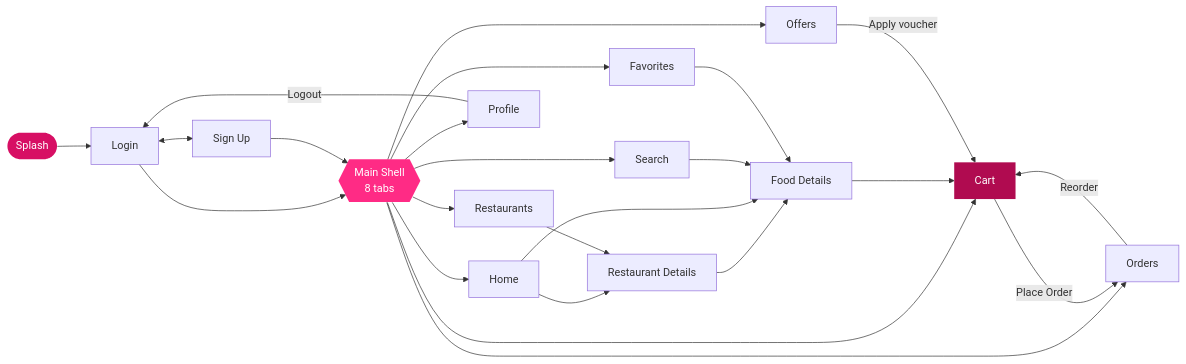
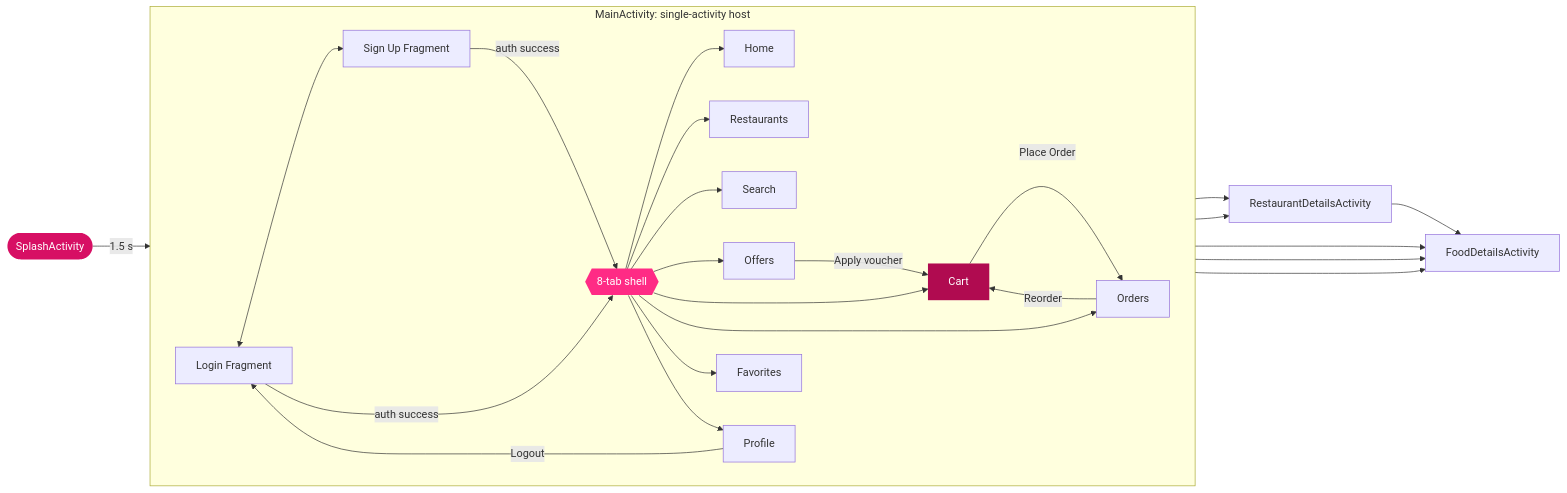
One commit to furqanzubair209-cell/mobile-app-development-coursework changed the first of 2 diagrams in README.md. Above: the diagram before and after it, drawn with Mermaid. The commit also changed other lines of this file, not shown here.

First line of the commit message:
Revise README for single-activity architecture

````diff
--- a/README.md
+++ b/README.md
@@ -132,33 +134,36 @@
 ```mermaid
 flowchart LR
-    A([Splash]) --> B[Login]
-    B <--> C[Sign Up]
-    B --> D{{Main Shell<br/>8 tabs}}
-    C --> D
+    A([SplashActivity]) -->|1.5 s| MA
 
-    D --> T1[Home]
-    D --> T2[Restaurants]
-    D --> T3[Search]
-    D --> T4[Offers]
-    D --> T5[Cart]
-    D --> T6[Orders]
-    D --> T7[Favorites]
-    D --> T8[Profile]
+    subgraph MA["MainActivity: single-activity host"]
+        direction LR
+        B[Login Fragment] <--> C[Sign Up Fragment]
+        B -->|auth success| D{{8-tab shell}}
+        C -->|auth success| D
 
-    T1 --> R[Restaurant Details]
+        D --> T1[Home]
+        D --> T2[Restaurants]
+        D --> T3[Search]
+        D --> T4[Offers]
+        D --> T5[Cart]
+        D --> T6[Orders]
+        D --> T7[Favorites]
+        D --> T8[Profile]
+
+        T4 -->|Apply voucher| T5
+        T5 -->|Place Order| T6
+        T6 -->|Reorder| T5
+        T8 -->|Logout| B
+    end
+
+    T1 --> R[RestaurantDetailsActivity]
     T2 --> R
-    R --> F[Food Details]
+    R --> F[FoodDetailsActivity]
     T1 --> F
     T3 --> F
     T7 --> F
-    F --> T5
-
-    T4 -->|Apply voucher| T5
-    T5 -->|Place Order| T6
-    T6 -->|Reorder| T5
-    T8 -->|Logout| B
 
     style A fill:#D70F64,color:#fff,stroke:none
     style D fill:#FF2B85,color:#fff,stroke:none
     style T5 fill:#B00B50,color:#fff,stroke:none
 ```
````
